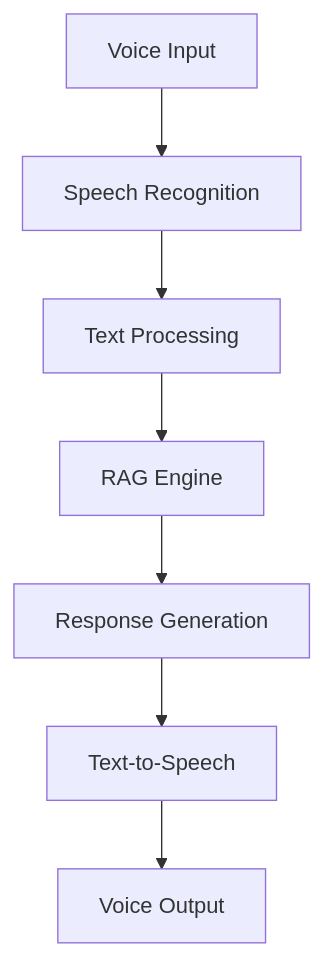
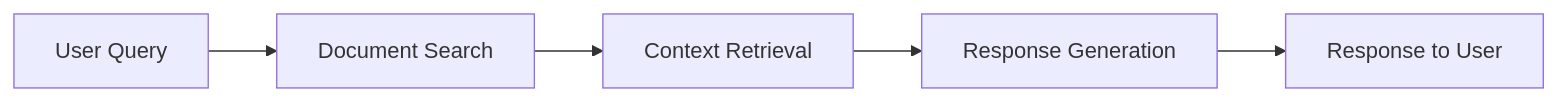
The diagram in README.md (inareshmatta/iSkillMatta-Private-VOICE_RAGAI), drawn with Mermaid before and after one commit. The commit also changed other lines of this file, not shown here.

````diff
--- a/README.md
+++ b/README.md
@@ -101,9 +101,7 @@
 ```mermaid
-graph TD
-    A[Voice Input] --> B[Speech Recognition]
-    B --> C[Text Processing]
-    C --> D[RAG Engine]
-    D --> E[Response Generation]
-    E --> F[Text-to-Speech]
-    F --> G[Voice Output]
+graph LR
+    A[User Query] --> B[Document Search]
+    B --> C[Context Retrieval]
+    C --> D[Response Generation]
+    D --> E[Response to User]
  ```
````
